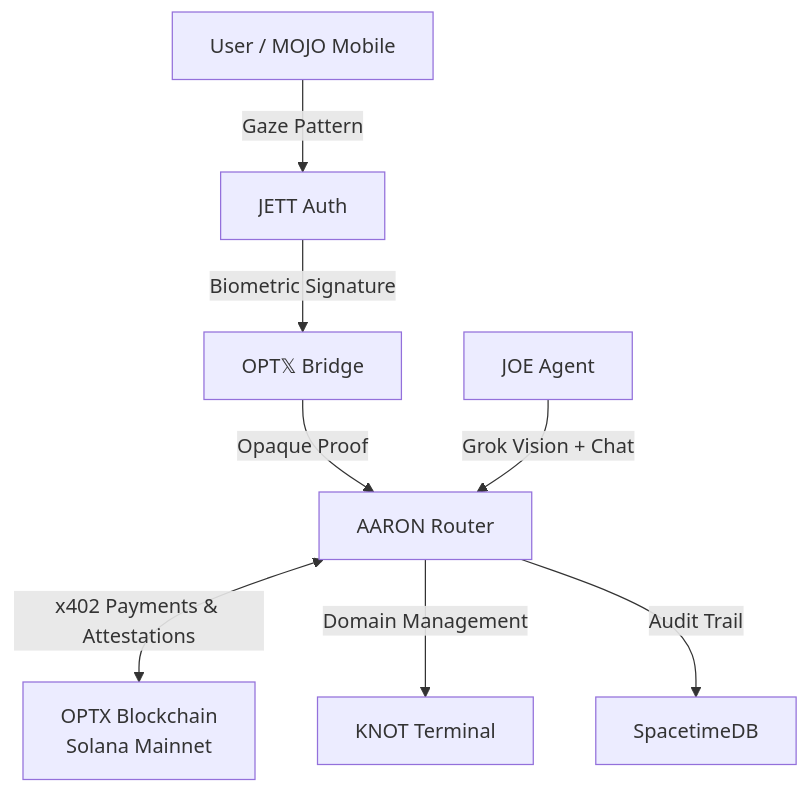
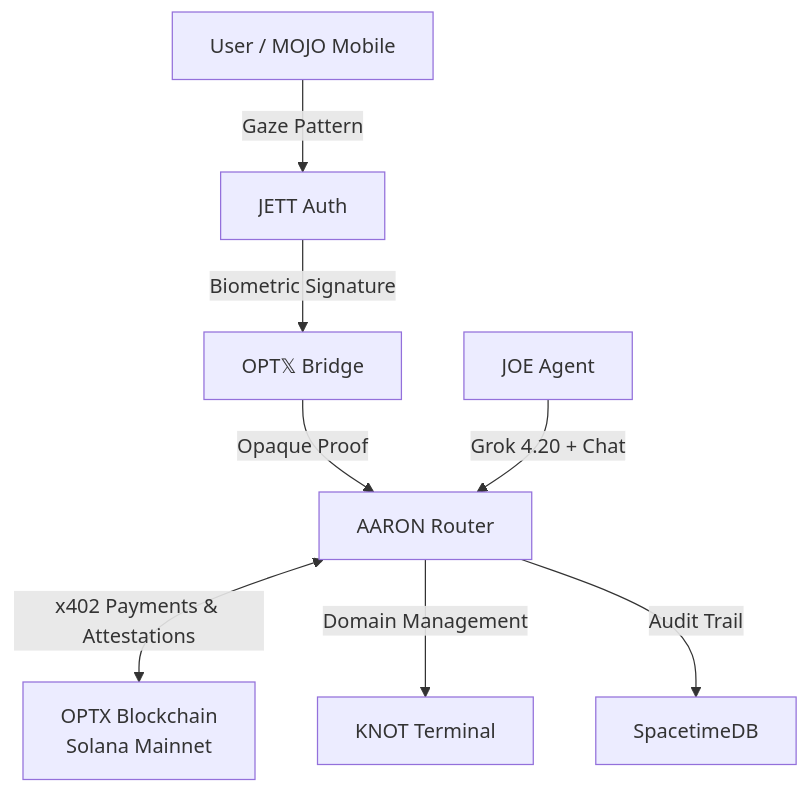
One commit to jett22JOE/JTX-CSTB.TRUST.DEPIN changed the diagram in README.md. Above: the diagram before and after it, drawn with Mermaid. The commit also changed other lines of this file and 1 other file, not shown here.

````diff
--- a/README.md
+++ b/README.md
@@ -35,10 +64,10 @@
 ```mermaid
 graph TD
     User[User / MOJO Mobile] -->|Gaze Pattern| JETT[JETT Auth]
     JETT -->|Biometric Signature| OPTX_BRIDGE["OPT𝕏 Bridge"]
     OPTX_BRIDGE -->|Opaque Proof| AARON[AARON Router]
     AARON <-->|x402 Payments & Attestations| OPTXChain["OPTX Blockchain<br/>Solana Mainnet"]
     AARON -->|Domain Management| KNOT[KNOT Terminal]
     AARON -->|Audit Trail| STDB[SpacetimeDB]
-    JOE[JOE Agent] -->|Grok Vision + Chat| AARON
+    JOE[JOE Agent] -->|Grok 4.20 + Chat| AARON
 ```
````
